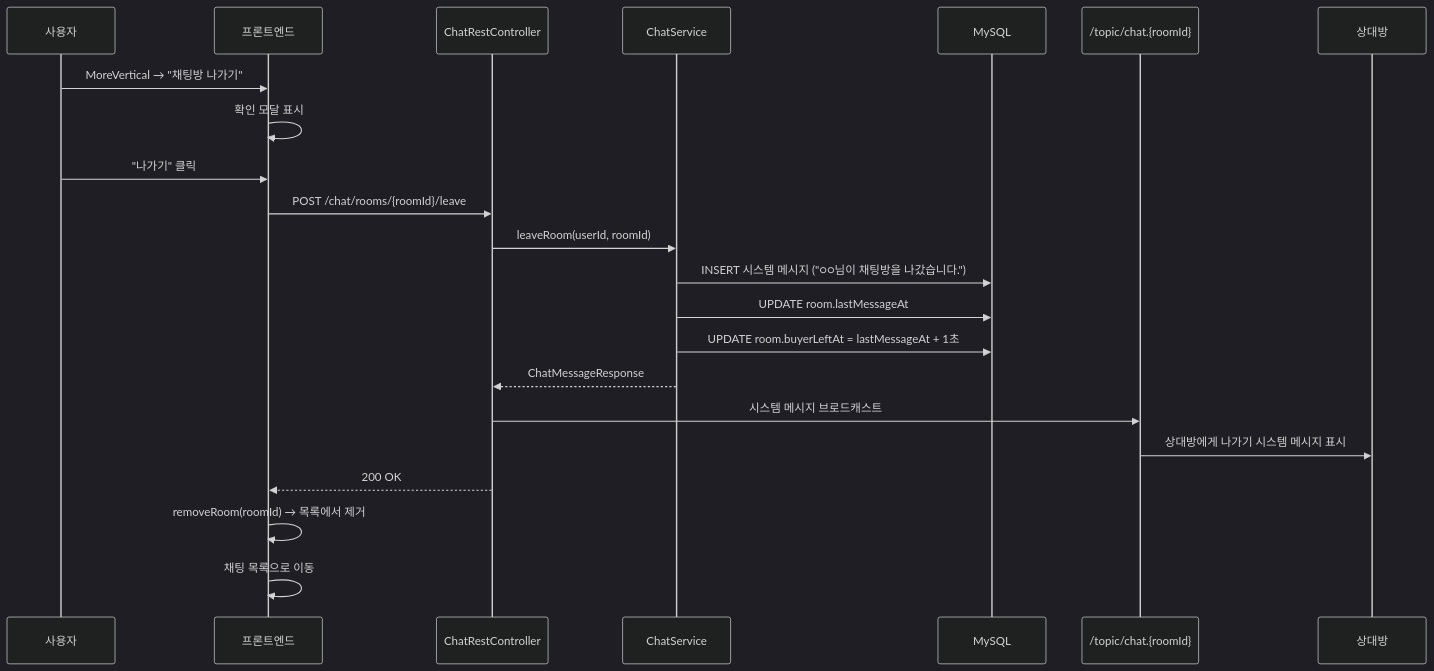
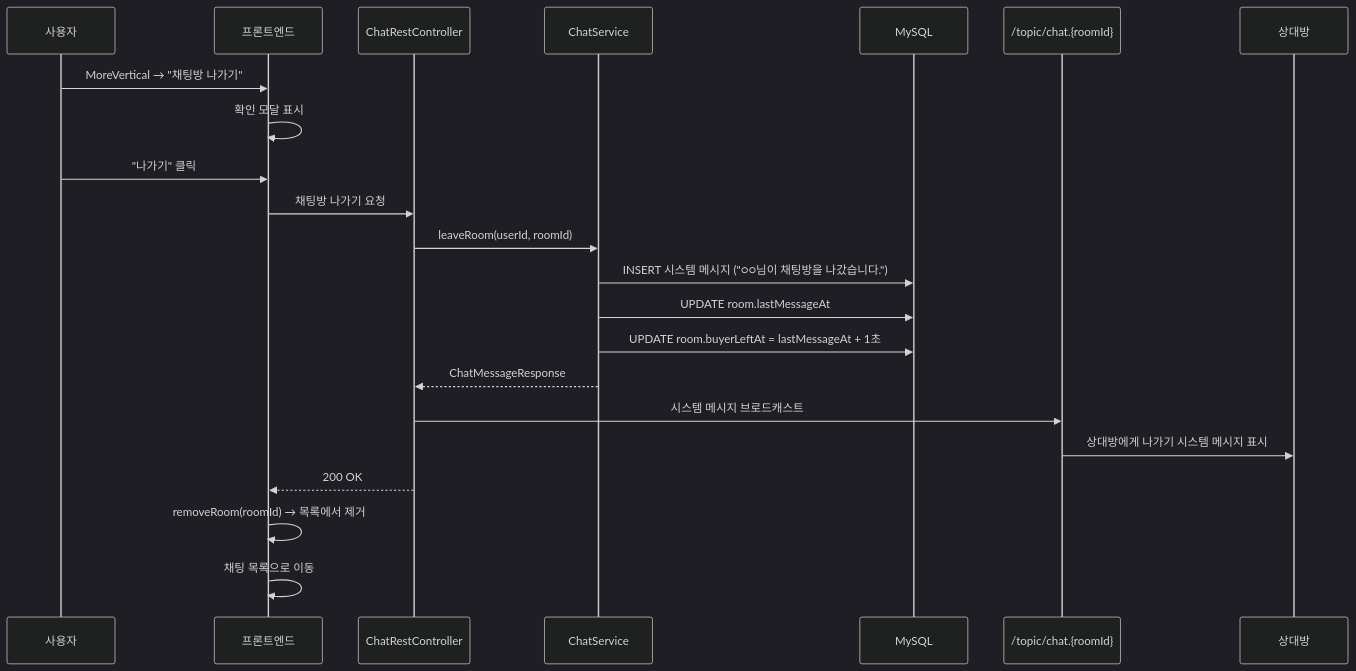
One commit to cherry-market/cherry-architecture changed the seventh of 8 diagrams in architecture/chat-domain.md. Above: the diagram before and after it, drawn with Mermaid (dark theme). The commit also changed other lines of this file and 6 other files, not shown here.

````diff
--- a/architecture/chat-domain.md
+++ b/architecture/chat-domain.md
@@ -215,25 +215,25 @@
 ```mermaid
 sequenceDiagram
     participant U as 사용자
     participant FE as 프론트엔드
     participant API as ChatRestController
     participant SVC as ChatService
     participant DB as MySQL
     participant T as /topic/chat.{roomId}
     participant P as 상대방
 
     U->>FE: MoreVertical → "채팅방 나가기"
     FE->>FE: 확인 모달 표시
     U->>FE: "나가기" 클릭
-    FE->>API: POST /chat/rooms/{roomId}/leave
+    FE->>API: 채팅방 나가기 요청
     API->>SVC: leaveRoom(userId, roomId)
     SVC->>DB: INSERT 시스템 메시지 ("○○님이 채팅방을 나갔습니다.")
     SVC->>DB: UPDATE room.lastMessageAt
     SVC->>DB: UPDATE room.buyerLeftAt = lastMessageAt + 1초
     SVC-->>API: ChatMessageResponse
     API->>T: 시스템 메시지 브로드캐스트
     T->>P: 상대방에게 나가기 시스템 메시지 표시
     API-->>FE: 200 OK
     FE->>FE: removeRoom(roomId) → 목록에서 제거
     FE->>FE: 채팅 목록으로 이동
 ```
````
